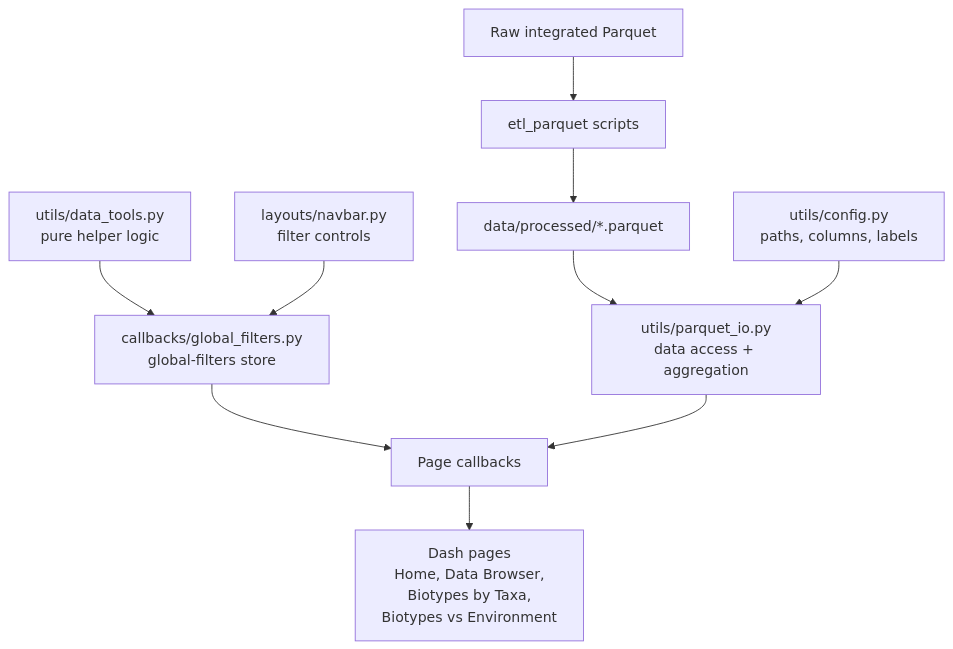
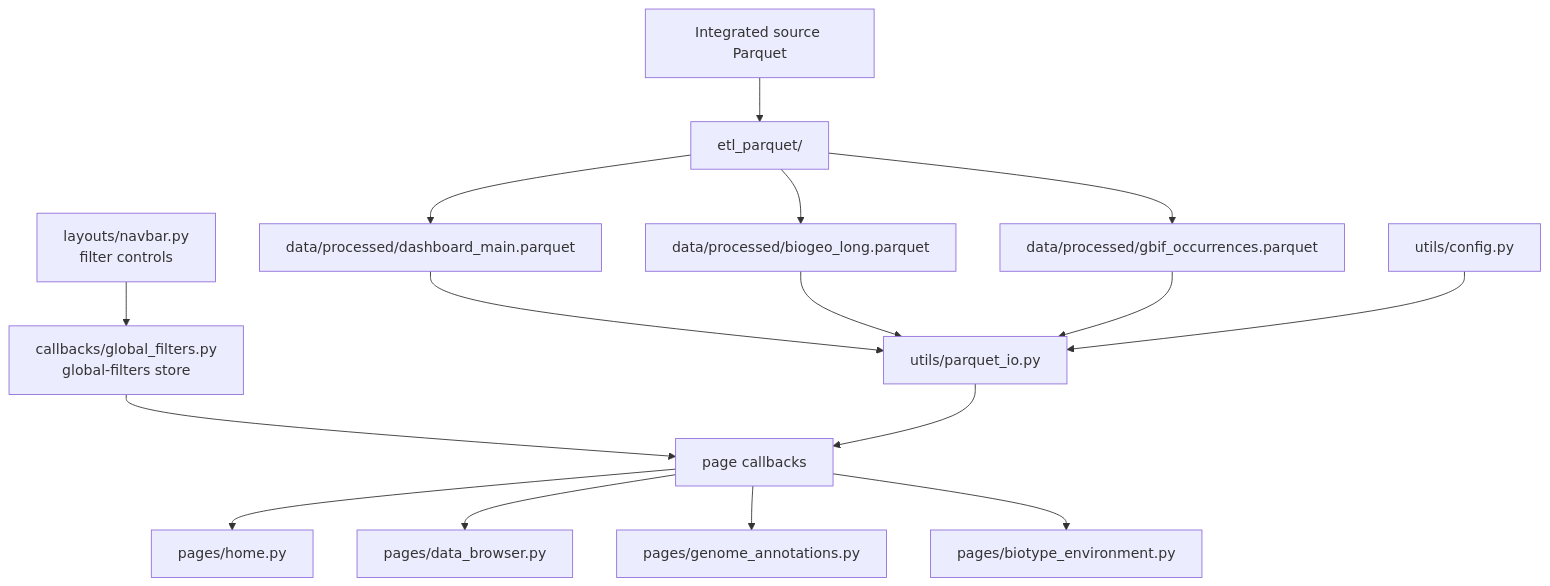
Before and after one commit to JuanPNG/biodiversity_annotations_dashboard: the first of 2 diagrams in README.md, drawn with Mermaid. The commit also changed other lines of this file, not shown here.

````diff
--- a/README.md
+++ b/README.md
@@ -64,15 +26,23 @@
 ```mermaid
 flowchart TD
-    A["Raw integrated Parquet"] --> B["etl_parquet scripts"]
-    B --> C["data/processed/*.parquet"]
+    A["Integrated source Parquet"] --> B["etl_parquet/"]
+    B --> C["data/processed/dashboard_main.parquet"]
+    B --> D["data/processed/biogeo_long.parquet"]
+    B --> E["data/processed/gbif_occurrences.parquet"]
 
-    C --> D["utils/parquet_io.py<br/>data access + aggregation"]
-    E["utils/config.py<br/>paths, columns, labels"] --> D
-    F["utils/data_tools.py<br/>pure helper logic"] --> G
+    C --> F["utils/parquet_io.py"]
+    D --> F
+    E --> F
 
-    H["layouts/navbar.py<br/>filter controls"] --> G["callbacks/global_filters.py<br/>global-filters store"]
-    G --> I["Page callbacks"]
+    G["utils/config.py"] --> F
 
-    D --> I
-    I --> J["Dash pages<br/>Home, Data Browser,<br/>Biotypes by Taxa,<br/>Biotypes vs Environment"]
+    H["layouts/navbar.py<br/>filter controls"] --> I["callbacks/global_filters.py<br/>global-filters store"]
+
+    I --> J["page callbacks"]
+    F --> J
+
+    J --> K["pages/home.py"]
+    J --> L["pages/data_browser.py"]
+    J --> M["pages/genome_annotations.py"]
+    J --> N["pages/biotype_environment.py"]
 ```
````
